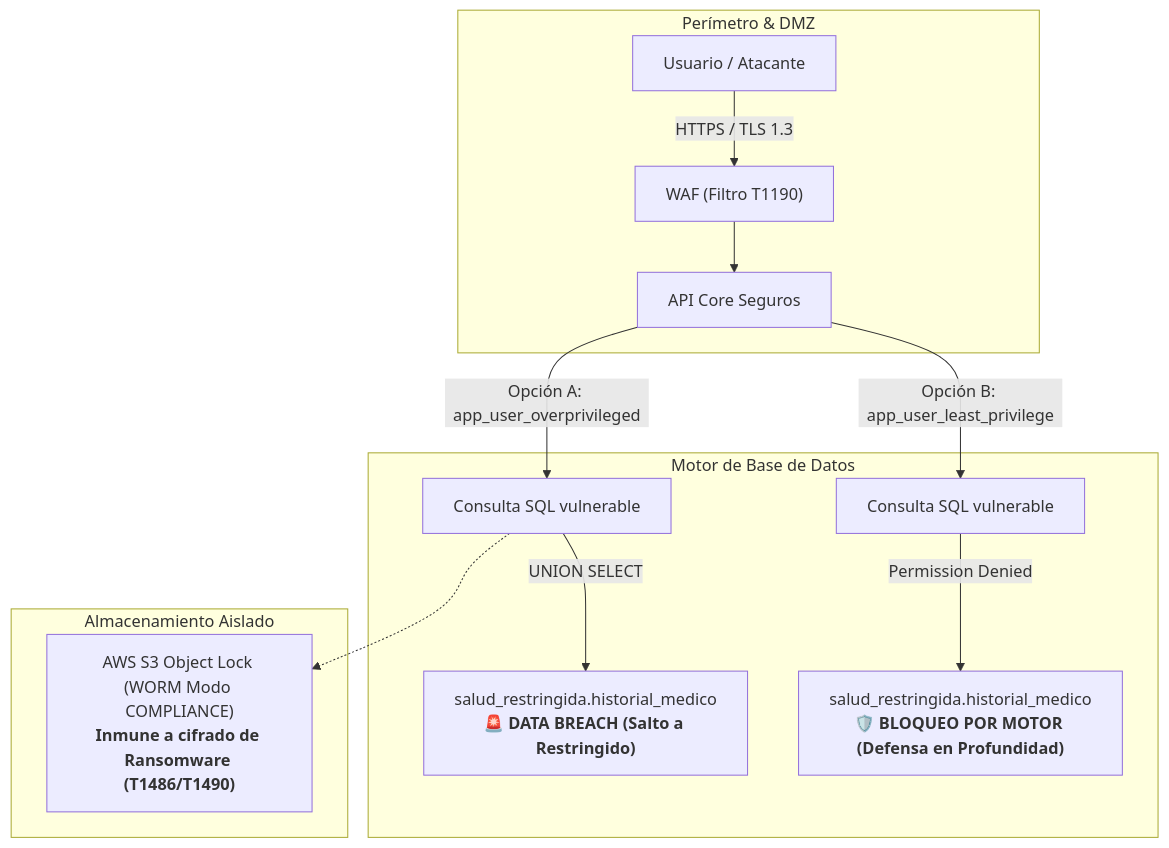
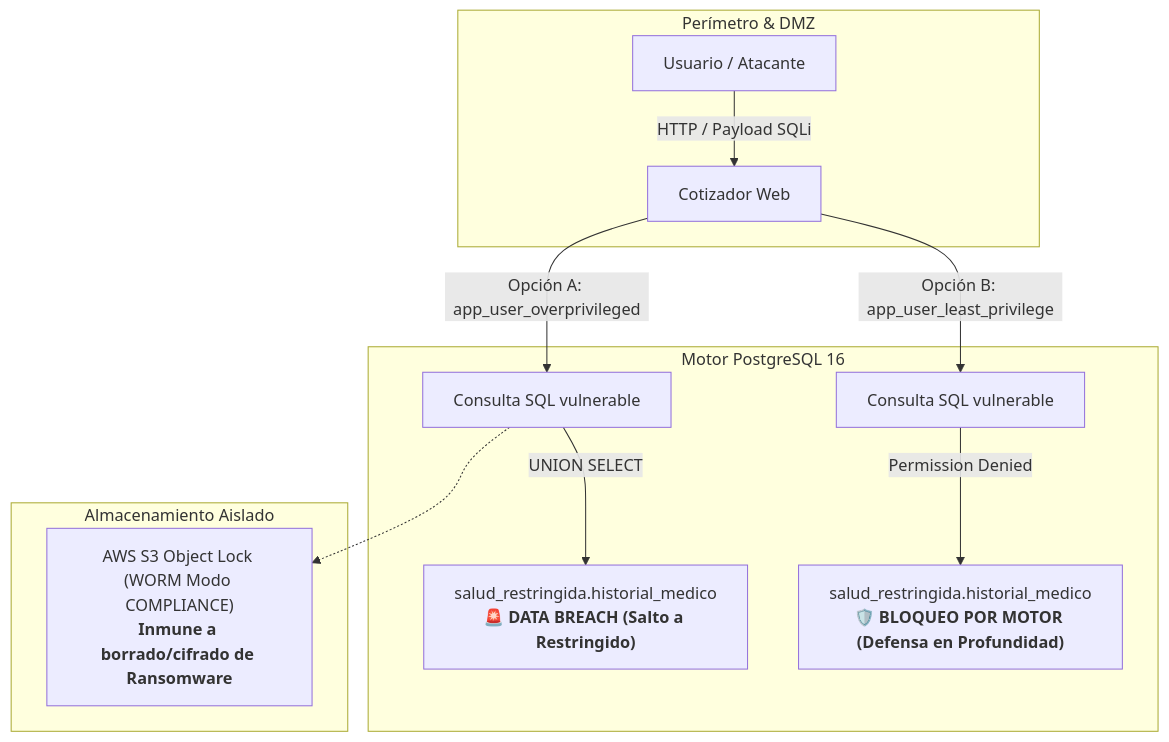
Before and after one commit to SantiagoDandrea/data-protection-compliance: the diagram in README.md, drawn with Mermaid. The commit also changed other lines of this file and 10 other files, not shown here.

Commit message:
refactor: humanize narrative, refine postgres public schema isolation, and unify real dates

````diff
--- a/README.md
+++ b/README.md
@@ -31,19 +31,18 @@
 ```mermaid
 flowchart TD
     subgraph Entrada ["Perímetro & DMZ"]
-        USR["Usuario / Atacante"] -->|HTTPS / TLS 1.3| WAF["WAF (Filtro T1190)"]
-        WAF --> API["API Core Seguros"]
+        USR["Usuario / Atacante"] -->|HTTP / Payload SQLi| API["Cotizador Web"]
     end
 
-    subgraph Base_Datos ["Motor de Base de Datos"]
+    subgraph Base_Datos ["Motor PostgreSQL 16"]
         API -->|Opción A: app_user_overprivileged| DB_VULN["Consulta SQL vulnerable"]
         DB_VULN -->|UNION SELECT| HEALTH["salud_restringida.historial_medico<br/><b>🚨 DATA BREACH (Salto a Restringido)</b>"]
 
         API -->|Opción B: app_user_least_privilege| DB_SEC["Consulta SQL vulnerable"]
         DB_SEC -->|Permission Denied| HEALTH_BLOCKED["salud_restringida.historial_medico<br/><b>🛡️ BLOQUEO POR MOTOR (Defensa en Profundidad)</b>"]
     end
 
     subgraph Respaldo ["Almacenamiento Aislado"]
-        DB_VULN -.-> S3["AWS S3 Object Lock (WORM Modo COMPLIANCE)<br/><b>Inmune a cifrado de Ransomware (T1486/T1490)</b>"]
+        DB_VULN -.-> S3["AWS S3 Object Lock (WORM Modo COMPLIANCE)<br/><b>Inmune a borrado/cifrado de Ransomware</b>"]
     end
 ```
````
